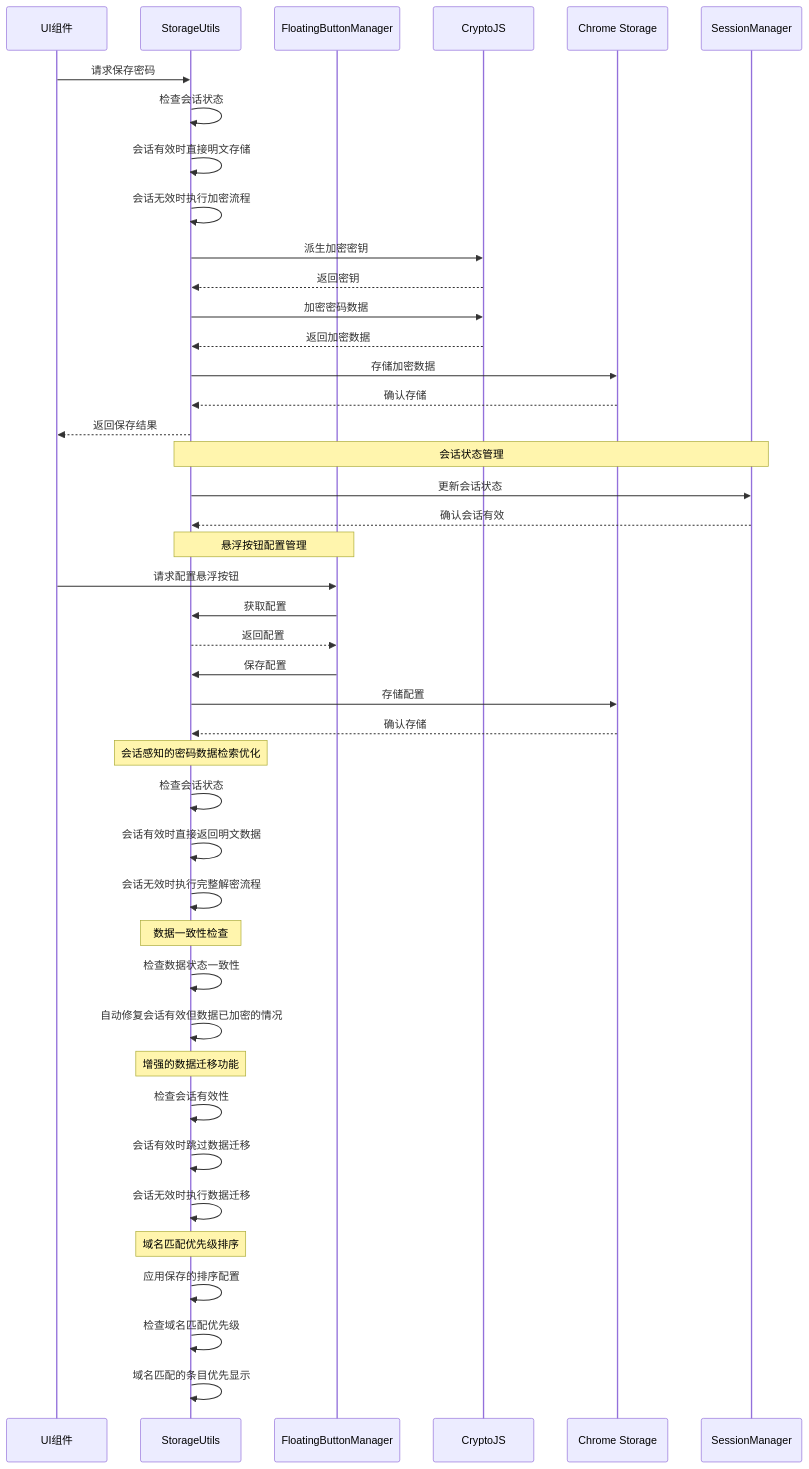
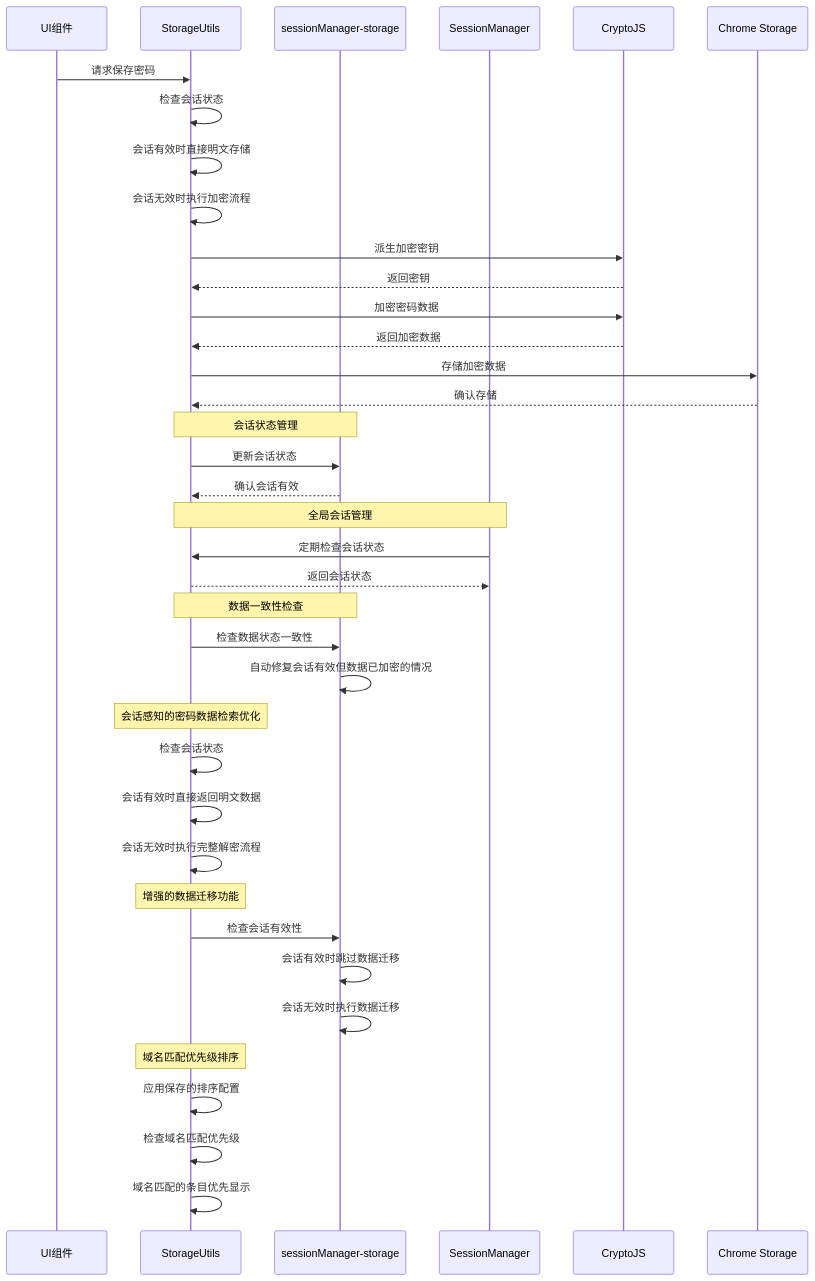
One commit to liaolongdong/account-password-helper changed the third of 15 diagrams in .qoder/repowiki/zh/content/核心模块/存储管理系统.md. Above: the diagram before and after it, drawn with Mermaid. The commit also changed other lines of this file and 7 other files, not shown here.

````diff
--- a/.qoder/repowiki/zh/content/核心模块/存储管理系统.md
+++ b/.qoder/repowiki/zh/content/核心模块/存储管理系统.md
@@ -222,45 +227,40 @@
 ```mermaid
 sequenceDiagram
 participant UI as UI组件
 participant Storage as StorageUtils
-participant FloatingMgr as FloatingButtonManager
+participant SessionStorage as sessionManager-storage
+participant SessionMgr as SessionManager
 participant Crypto as CryptoJS
 participant Chrome as Chrome Storage
-participant Session as SessionManager
 UI->>Storage : 请求保存密码
 Storage->>Storage : 检查会话状态
 Storage->>Storage : 会话有效时直接明文存储
 Storage->>Storage : 会话无效时执行加密流程
 Storage->>Crypto : 派生加密密钥
 Crypto-->>Storage : 返回密钥
 Storage->>Crypto : 加密密码数据
 Crypto-->>Storage : 返回加密数据
 Storage->>Chrome : 存储加密数据
 Chrome-->>Storage : 确认存储
-Storage-->>UI : 返回保存结果
-Note over Storage,Session : 会话状态管理
-Storage->>Session : 更新会话状态
-Session-->>Storage : 确认会话有效
-Note over Storage,FloatingMgr : 悬浮按钮配置管理
-UI->>FloatingMgr : 请求配置悬浮按钮
-FloatingMgr->>Storage : 获取配置
-Storage-->>FloatingMgr : 返回配置
-FloatingMgr->>Storage : 保存配置
-Storage->>Chrome : 存储配置
-Chrome-->>Storage : 确认存储
+Note over Storage,SessionStorage : 会话状态管理
+Storage->>SessionStorage : 更新会话状态
+SessionStorage-->>Storage : 确认会话有效
+Note over Storage,SessionMgr : 全局会话管理
+SessionMgr->>Storage : 定期检查会话状态
+Storage-->>SessionMgr : 返回会话状态
+Note over Storage,SessionStorage : 数据一致性检查
+Storage->>SessionStorage : 检查数据状态一致性
+SessionStorage->>SessionStorage : 自动修复会话有效但数据已加密的情况
 Note over Storage : 会话感知的密码数据检索优化
 Storage->>Storage : 检查会话状态
 Storage->>Storage : 会话有效时直接返回明文数据
 Storage->>Storage : 会话无效时执行完整解密流程
-Note over Storage : 数据一致性检查
-Storage->>Storage : 检查数据状态一致性
-Storage->>Storage : 自动修复会话有效但数据已加密的情况
 Note over Storage : 增强的数据迁移功能
-Storage->>Storage : 检查会话有效性
-Storage->>Storage : 会话有效时跳过数据迁移
-Storage->>Storage : 会话无效时执行数据迁移
+Storage->>SessionStorage : 检查会话有效性
+SessionStorage->>SessionStorage : 会话有效时跳过数据迁移
+SessionStorage->>SessionStorage : 会话无效时执行数据迁移
 Note over Storage : 域名匹配优先级排序
 Storage->>Storage : 应用保存的排序配置
 Storage->>Storage : 检查域名匹配优先级
 Storage->>Storage : 域名匹配的条目优先显示
 ```
````
